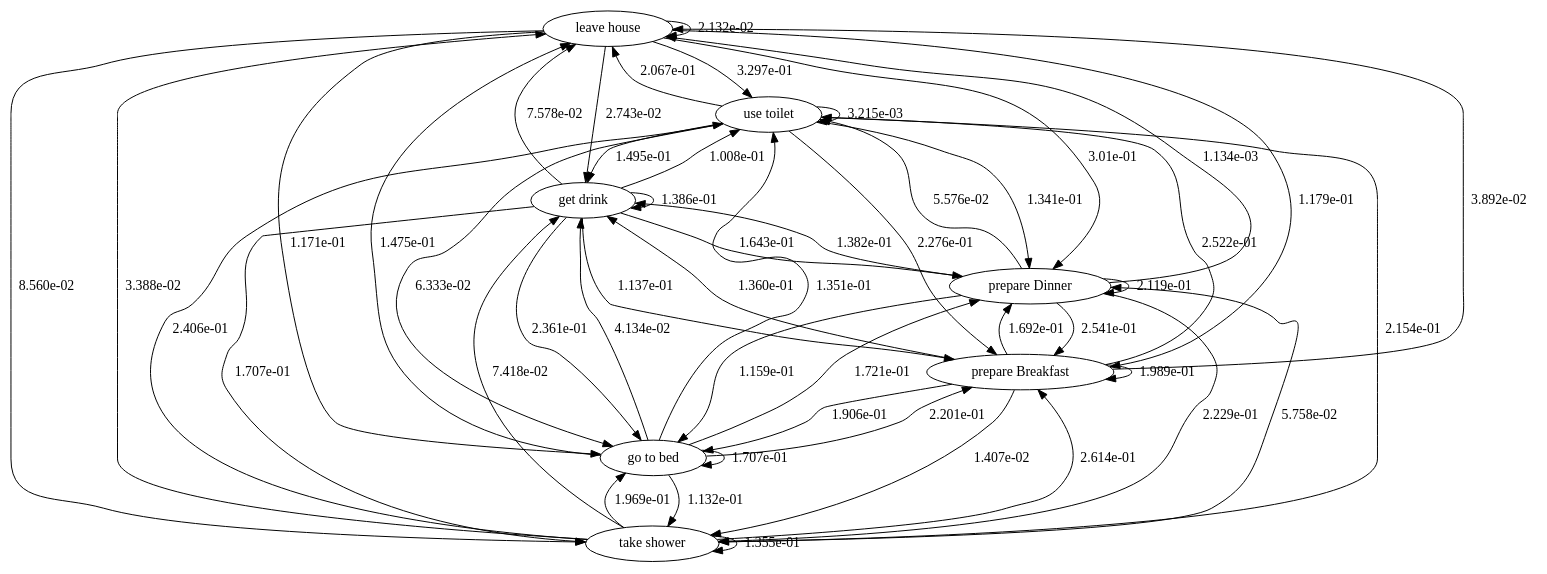
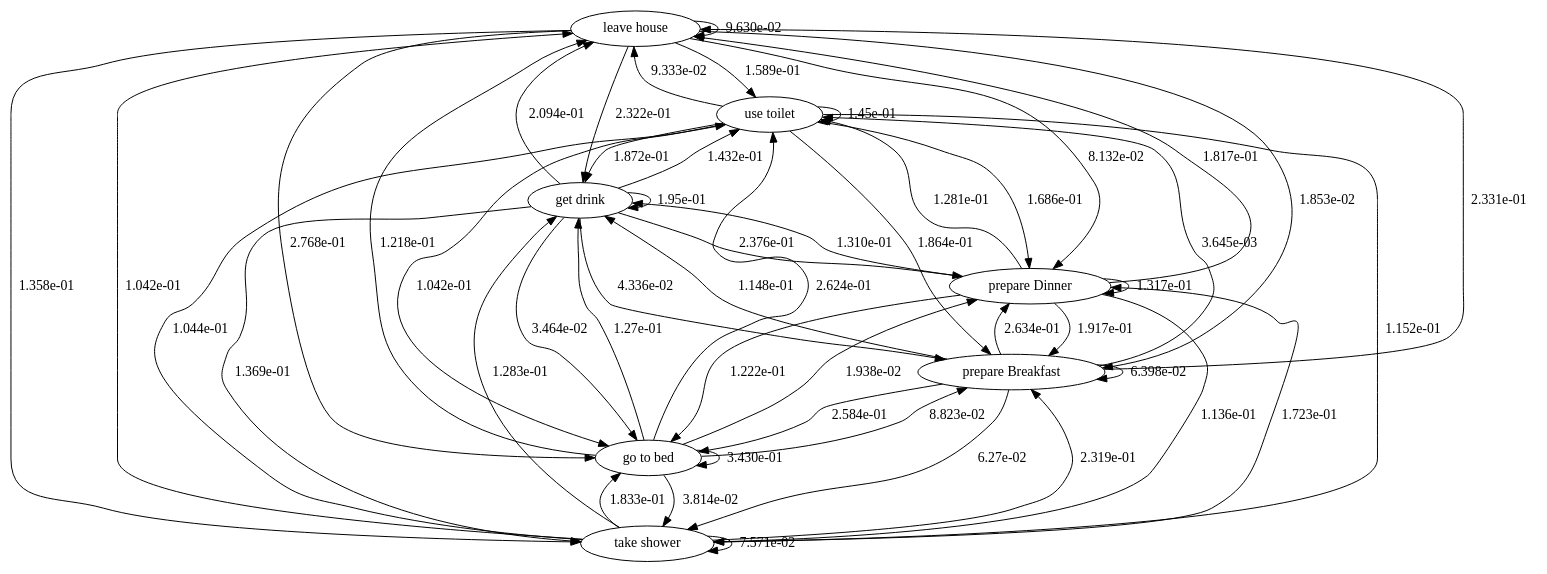
One commit to tcsvn/pyadlml changed the diagram in algorithms/testing/bench/test.gv. Above: the diagram before and after it, drawn with Graphviz. The commit also changed 6 other files, not shown here.

```diff
--- a/algorithms/testing/bench/test.gv
+++ b/algorithms/testing/bench/test.gv
@@ -1,58 +1,58 @@
 digraph {
 	1 [label="leave house"]
 	4 [label="use toilet"]
 	5 [label="take shower"]
 	10 [label="go to bed"]
 	13 [label="prepare Breakfast"]
 	15 [label="prepare Dinner"]
 	17 [label="get drink"]
-	1 -> 1 [label="2.132e-02"]
-	1 -> 4 [label="3.297e-01"]
-	1 -> 5 [label="8.560e-02"]
-	1 -> 10 [label="1.171e-01"]
-	1 -> 13 [label="1.179e-01"]
-	1 -> 15 [label="3.01e-01"]
-	1 -> 17 [label="2.743e-02"]
-	4 -> 1 [label="2.067e-01"]
-	4 -> 4 [label="3.215e-03"]
-	4 -> 5 [label="2.154e-01"]
-	4 -> 10 [label="6.333e-02"]
-	4 -> 13 [label="2.276e-01"]
-	4 -> 15 [label="1.341e-01"]
-	4 -> 17 [label="1.495e-01"]
-	5 -> 1 [label="3.388e-02"]
-	5 -> 4 [label="2.406e-01"]
-	5 -> 5 [label="1.355e-01"]
-	5 -> 10 [label="1.969e-01"]
-	5 -> 13 [label="2.614e-01"]
-	5 -> 15 [label="5.758e-02"]
-	5 -> 17 [label="7.418e-02"]
-	10 -> 1 [label="1.475e-01"]
-	10 -> 4 [label="1.351e-01"]
-	10 -> 5 [label="1.132e-01"]
-	10 -> 10 [label="1.707e-01"]
-	10 -> 13 [label="2.201e-01"]
-	10 -> 15 [label="1.721e-01"]
-	10 -> 17 [label="4.134e-02"]
-	13 -> 1 [label="3.892e-02"]
-	13 -> 4 [label="2.522e-01"]
-	13 -> 5 [label="1.407e-02"]
-	13 -> 10 [label="1.906e-01"]
-	13 -> 13 [label="1.989e-01"]
-	13 -> 15 [label="1.692e-01"]
-	13 -> 17 [label="1.360e-01"]
-	15 -> 1 [label="1.134e-03"]
-	15 -> 4 [label="5.576e-02"]
-	15 -> 5 [label="2.229e-01"]
-	15 -> 10 [label="1.159e-01"]
-	15 -> 13 [label="2.541e-01"]
-	15 -> 15 [label="2.119e-01"]
-	15 -> 17 [label="1.382e-01"]
-	17 -> 1 [label="7.578e-02"]
-	17 -> 4 [label="1.008e-01"]
-	17 -> 5 [label="1.707e-01"]
-	17 -> 10 [label="2.361e-01"]
-	17 -> 13 [label="1.137e-01"]
-	17 -> 15 [label="1.643e-01"]
-	17 -> 17 [label="1.386e-01"]
+	1 -> 1 [label="9.630e-02"]
+	1 -> 4 [label="1.589e-01"]
+	1 -> 5 [label="1.358e-01"]
+	1 -> 10 [label="2.768e-01"]
+	1 -> 13 [label="1.853e-02"]
+	1 -> 15 [label="8.132e-02"]
+	1 -> 17 [label="2.322e-01"]
+	4 -> 1 [label="9.333e-02"]
+	4 -> 4 [label="1.45e-01"]
+	4 -> 5 [label="1.152e-01"]
+	4 -> 10 [label="1.042e-01"]
+	4 -> 13 [label="1.864e-01"]
+	4 -> 15 [label="1.686e-01"]
+	4 -> 17 [label="1.872e-01"]
+	5 -> 1 [label="1.042e-01"]
+	5 -> 4 [label="1.044e-01"]
+	5 -> 5 [label="7.571e-02"]
+	5 -> 10 [label="1.833e-01"]
+	5 -> 13 [label="2.319e-01"]
+	5 -> 15 [label="1.723e-01"]
+	5 -> 17 [label="1.283e-01"]
+	10 -> 1 [label="1.218e-01"]
+	10 -> 4 [label="2.624e-01"]
+	10 -> 5 [label="3.814e-02"]
+	10 -> 10 [label="3.430e-01"]
+	10 -> 13 [label="8.823e-02"]
+	10 -> 15 [label="1.938e-02"]
+	10 -> 17 [label="1.27e-01"]
+	13 -> 1 [label="2.331e-01"]
+	13 -> 4 [label="3.645e-03"]
+	13 -> 5 [label="6.27e-02"]
+	13 -> 10 [label="2.584e-01"]
+	13 -> 13 [label="6.398e-02"]
+	13 -> 15 [label="2.634e-01"]
+	13 -> 17 [label="1.148e-01"]
+	15 -> 1 [label="1.817e-01"]
+	15 -> 4 [label="1.281e-01"]
+	15 -> 5 [label="1.136e-01"]
+	15 -> 10 [label="1.222e-01"]
+	15 -> 13 [label="1.917e-01"]
+	15 -> 15 [label="1.317e-01"]
+	15 -> 17 [label="1.310e-01"]
+	17 -> 1 [label="2.094e-01"]
+	17 -> 4 [label="1.432e-01"]
+	17 -> 5 [label="1.369e-01"]
+	17 -> 10 [label="3.464e-02"]
+	17 -> 13 [label="4.336e-02"]
+	17 -> 15 [label="2.376e-01"]
+	17 -> 17 [label="1.95e-01"]
 }
```
